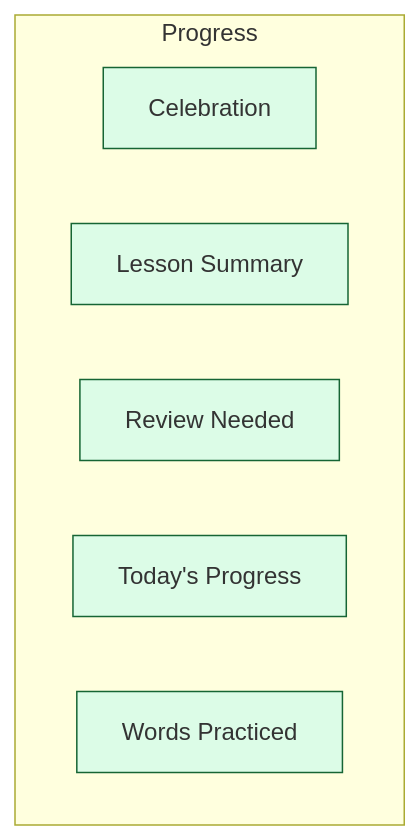
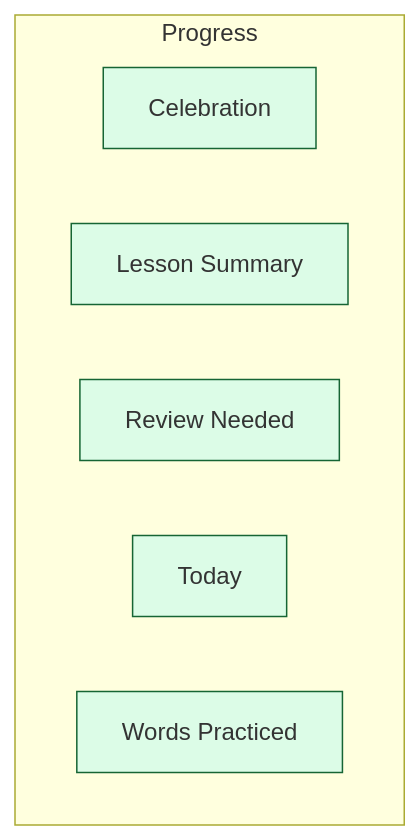
Before and after one commit to JSR-Algo/TJBOT-Mobile: the diagram in migrate-ui-ux-to-mobile-app-docs/flows/domains/progress/flow.generated.mmd, drawn with Mermaid. The commit also changed 752 other files, not shown here.

```diff
--- a/migrate-ui-ux-to-mobile-app-docs/flows/domains/progress/flow.generated.mmd
+++ b/migrate-ui-ux-to-mobile-app-docs/flows/domains/progress/flow.generated.mmd
@@ -1,13 +1,13 @@
-%% GENERATED FROM nav-graph-data.json sha=99252d49ba12. Do not edit by hand.
+%% GENERATED FROM nav-graph-data.json sha=2e58cd2ef8b5. Do not edit by hand.
 %% domain: progress
 flowchart TD
   classDef happy fill:#dcfce7,stroke:#166534
   classDef edge  fill:#fee2e2,stroke:#991b1b
   subgraph Progress["Progress"]
     celebration["Celebration"]
     lesson_summary["Lesson Summary"]
     review_needed["Review Needed"]
-    today_progress["Today's Progress"]
+    today_progress["Today"]
     words_practiced["Words Practiced"]
   end
   class celebration,lesson_summary,review_needed,today_progress,words_practiced happy
```
